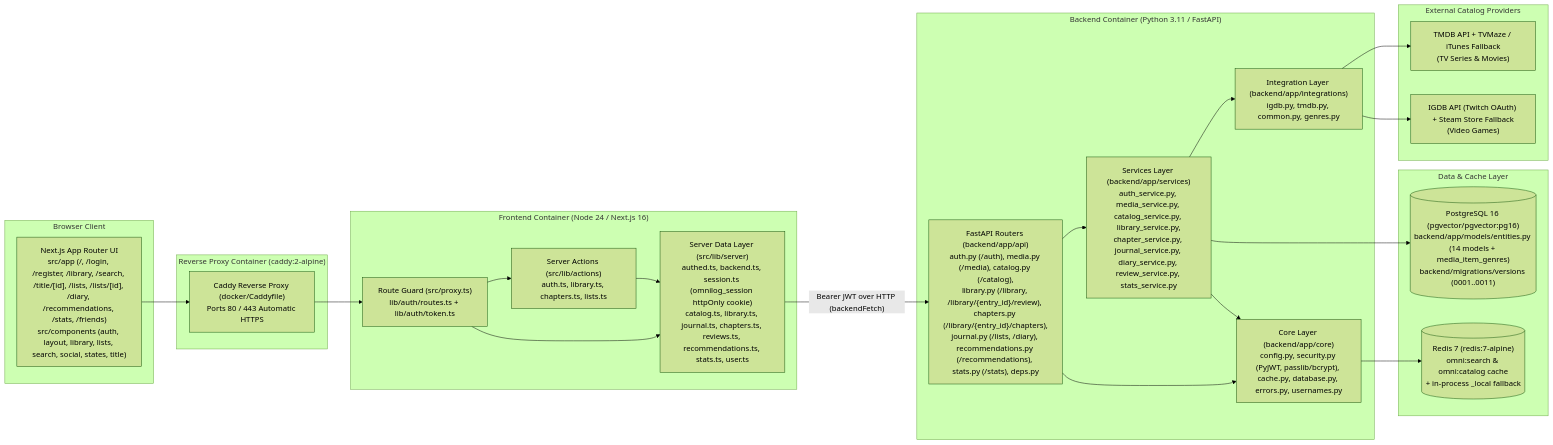
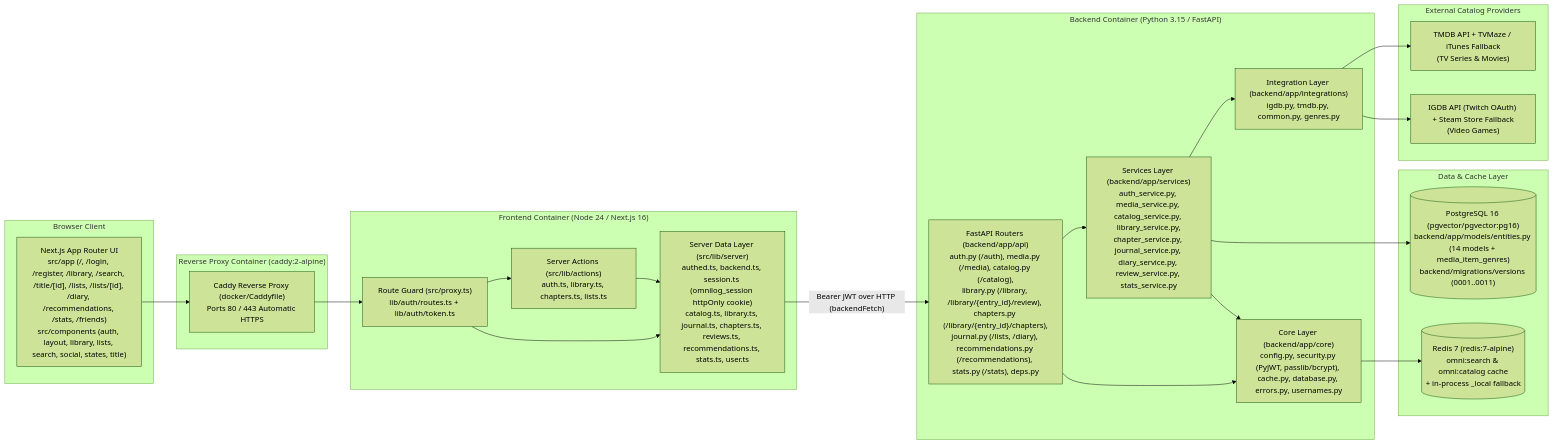
One commit to metezd/OmniLog changed the diagram in docs/design/arch/architecture-diagram.md. Above: the diagram before and after it, drawn with Mermaid (forest theme). The commit also changed 7 other files, not shown here.

First line of the commit message:
chore(backend): test the Python version of the production image

````diff
--- a/docs/design/arch/architecture-diagram.md
+++ b/docs/design/arch/architecture-diagram.md
@@ -10,48 +10,48 @@
 ```mermaid
 flowchart LR
   subgraph Client["Browser Client"]
     UI["Next.js App Router UI\nsrc/app (/, /login, /register, /library, /search, /title/[id], /lists, /lists/[id], /diary, /recommendations, /stats, /friends)\nsrc/components (auth, layout, library, lists, search, social, states, title)"]
   end
 
   subgraph ProxyContainer["Reverse Proxy Container (caddy:2-alpine)"]
     CADDY["Caddy Reverse Proxy (docker/Caddyfile)\nPorts 80 / 443 Automatic HTTPS"]
   end
 
   subgraph FrontendContainer["Frontend Container (Node 24 / Next.js 16)"]
     MW["Route Guard (src/proxy.ts)\nlib/auth/routes.ts + lib/auth/token.ts"]
     ACT["Server Actions (src/lib/actions)\nauth.ts, library.ts, chapters.ts, lists.ts"]
     SRV["Server Data Layer (src/lib/server)\nauthed.ts, backend.ts, session.ts (omnilog_session httpOnly cookie)\ncatalog.ts, library.ts, journal.ts, chapters.ts, reviews.ts, recommendations.ts, stats.ts, user.ts"]
   end
 
-  subgraph BackendContainer["Backend Container (Python 3.11 / FastAPI)"]
+  subgraph BackendContainer["Backend Container (Python 3.15 / FastAPI)"]
     API["FastAPI Routers (backend/app/api)\nauth.py (/auth), media.py (/media), catalog.py (/catalog),\nlibrary.py (/library, /library/{entry_id}/review), chapters.py (/library/{entry_id}/chapters),\njournal.py (/lists, /diary), recommendations.py (/recommendations), stats.py (/stats), deps.py"]
     SVC["Services Layer (backend/app/services)\nauth_service.py, media_service.py, catalog_service.py, library_service.py,\nchapter_service.py, journal_service.py, diary_service.py, review_service.py, stats_service.py"]
     INT["Integration Layer (backend/app/integrations)\nigdb.py, tmdb.py, common.py, genres.py"]
     CORE["Core Layer (backend/app/core)\nconfig.py, security.py (PyJWT, passlib/bcrypt), cache.py, database.py, errors.py, usernames.py"]
   end
 
   subgraph DataLayer["Data & Cache Layer"]
     PG[("PostgreSQL 16 (pgvector/pgvector:pg16)\nbackend/app/models/entities.py (14 models + media_item_genres)\nbackend/migrations/versions (0001..0011)")]
     RD[("Redis 7 (redis:7-alpine)\nomni:search & omni:catalog cache\n+ in-process _local fallback")]
   end
 
   subgraph ExternalAPIs["External Catalog Providers"]
     TMDB["TMDB API + TVMaze / iTunes Fallback\n(TV Series & Movies)"]
     IGDB["IGDB API (Twitch OAuth) + Steam Store Fallback\n(Video Games)"]
   end
 
   UI --> CADDY
   CADDY --> MW
   MW --> ACT
   MW --> SRV
   ACT --> SRV
   SRV -->|"Bearer JWT over HTTP (backendFetch)"| API
   API --> SVC
   API --> CORE
   SVC --> INT
   SVC --> CORE
   SVC --> PG
   CORE --> RD
   INT --> TMDB
   INT --> IGDB
 ```
````
